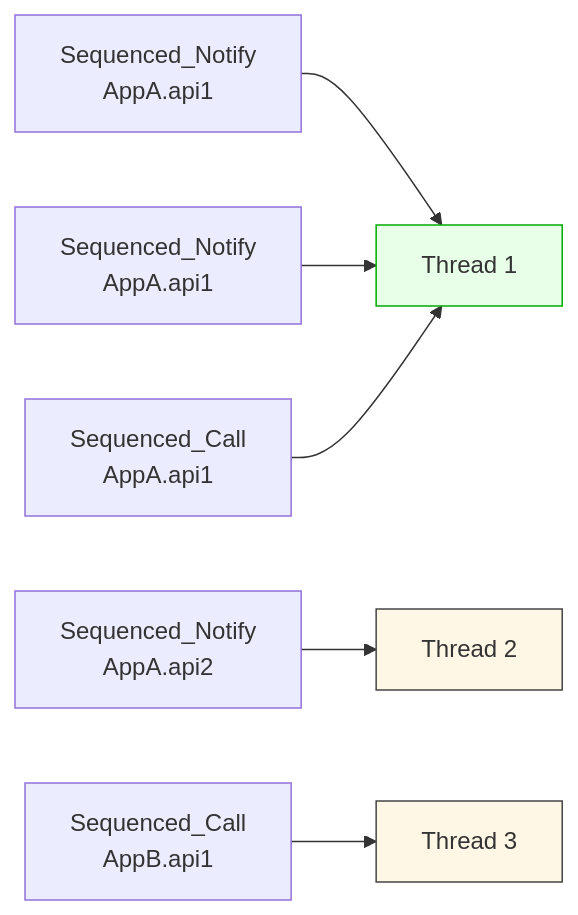
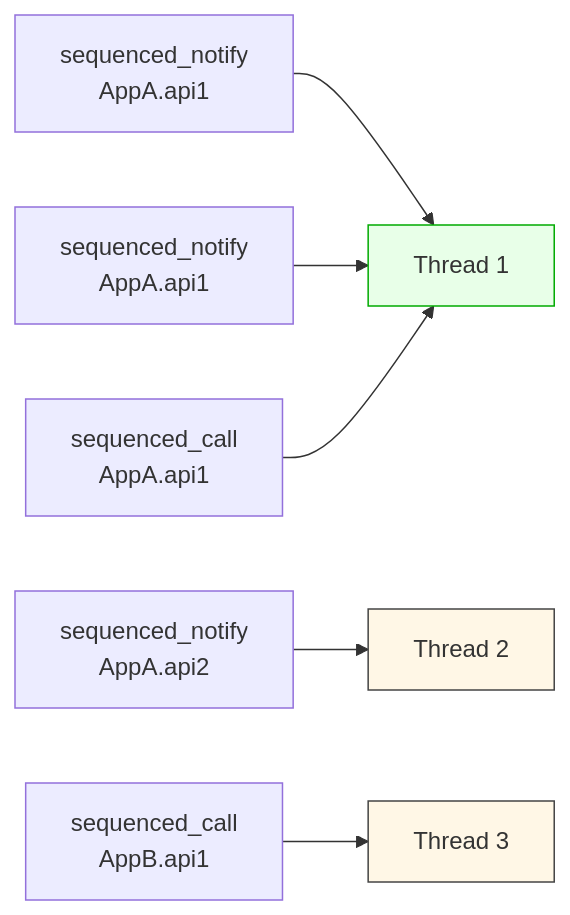
One commit to PassByYou888/LingoFuse changed the first of 2 diagrams in doc/LF_Sequenced_FIFO.md. Above: the diagram before and after it, drawn with Mermaid. The commit also changed other lines of this file, not shown here.

````diff
--- a/doc/LF_Sequenced_FIFO.md
+++ b/doc/LF_Sequenced_FIFO.md
@@ -13,13 +13,13 @@
 ```mermaid
 flowchart LR
-    A1["Sequenced_Notify<br/>AppA.api1"] --> T1["Thread 1"]
-    A2["Sequenced_Notify<br/>AppA.api1"] --> T1
-    A3["Sequenced_Call<br/>AppA.api1"] --> T1
+    A1["sequenced_notify<br/>AppA.api1"] --> T1["Thread 1"]
+    A2["sequenced_notify<br/>AppA.api1"] --> T1
+    A3["sequenced_call<br/>AppA.api1"] --> T1
 
-    B1["Sequenced_Notify<br/>AppA.api2"] --> T2["Thread 2"]
-    B2["Sequenced_Call<br/>AppB.api1"] --> T3["Thread 3"]
+    B1["sequenced_notify<br/>AppA.api2"] --> T2["Thread 2"]
+    B2["sequenced_call<br/>AppB.api1"] --> T3["Thread 3"]
 
     style T1 fill:#e8ffe8,stroke:#0a0
     style T2 fill:#fff7e6,stroke:#444
     style T3 fill:#fff7e6,stroke:#444
 ```
````
